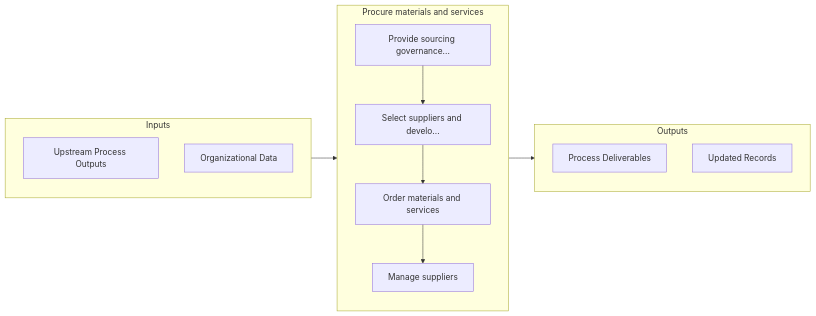
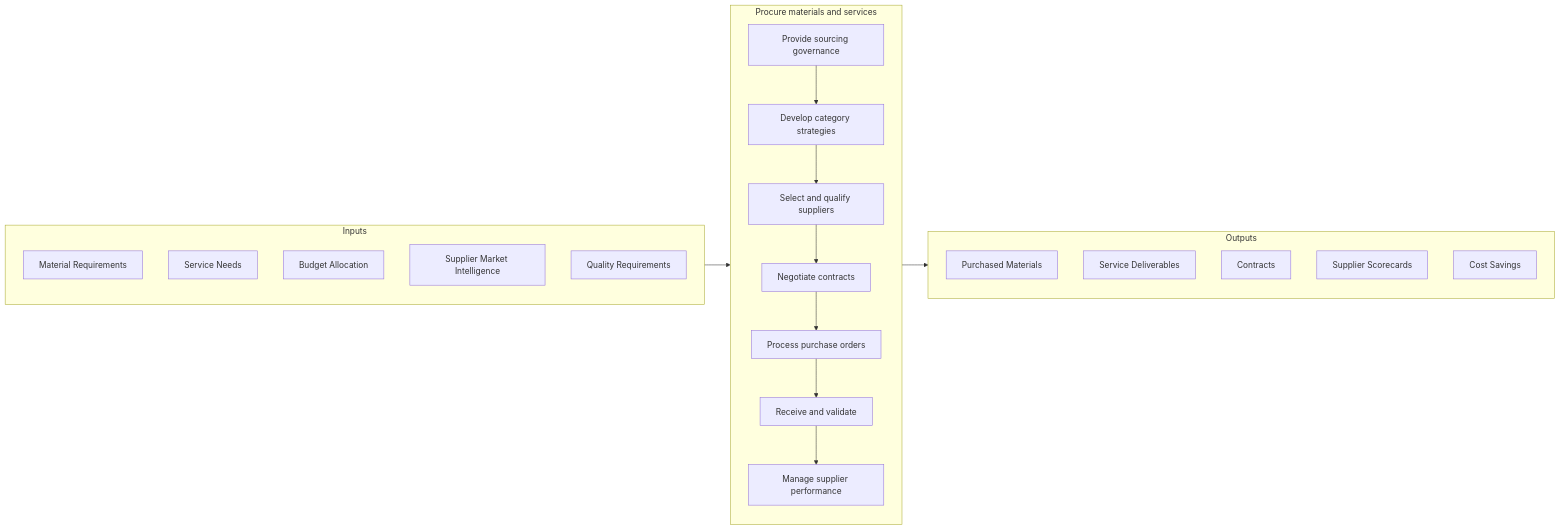
One commit to kziemski/business.org.ai changed the second of 2 diagrams in processes/04-Delivery/4.2-ProcureMaterialsServices/index.mdx. Above: the diagram before and after it, drawn with Mermaid. The commit also changed other lines of this file and 885 other files, not shown here.

````diff
--- a/processes/04-Delivery/4.2-ProcureMaterialsServices/index.mdx
+++ b/processes/04-Delivery/4.2-ProcureMaterialsServices/index.mdx
@@ -61,24 +61,32 @@
 ```mermaid
 flowchart LR
     subgraph Inputs["Inputs"]
-        I1["Upstream Process Outputs"]
-        I2["Organizational Data"]
+        I1["Material Requirements"]
+        I2["Service Needs"]
+        I3["Budget Allocation"]
+        I4["Supplier Market Intelligence"]
+        I5["Quality Requirements"]
     end
 
     subgraph Process["Procure materials and services"]
-        S1["Provide sourcing governance..."]
-        S2["Select suppliers and develo..."]
-        S3["Order materials and services"]
-        S4["Manage suppliers"]
+        S1["Provide sourcing governance"]
+        S2["Develop category strategies"]
+        S3["Select and qualify suppliers"]
+        S4["Negotiate contracts"]
+        S5["Process purchase orders"]
+        S6["Receive and validate"]
+        S7["Manage supplier performance"]
+
+        S1 --> S2 --> S3 --> S4 --> S5 --> S6 --> S7
     end
 
     subgraph Outputs["Outputs"]
-        O1["Process Deliverables"]
-        O2["Updated Records"]
+        O1["Purchased Materials"]
+        O2["Service Deliverables"]
+        O3["Contracts"]
+        O4["Supplier Scorecards"]
+        O5["Cost Savings"]
     end
 
     Inputs --> Process --> Outputs
-    S1 --> S2
-    S2 --> S3
-    S3 --> S4
 ```
````
